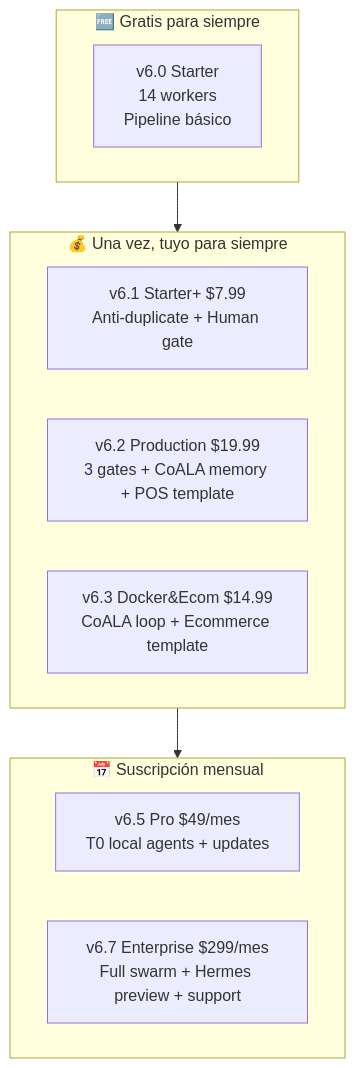
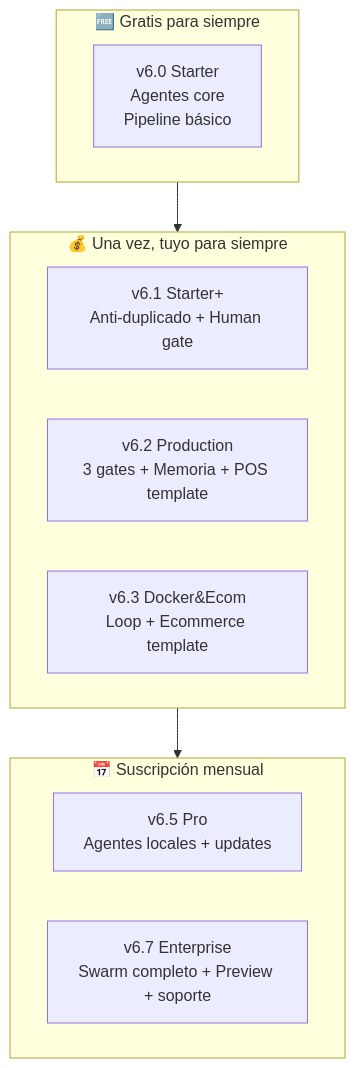
The sixth of 6 diagrams in README_ES.md (Aquilesnake/COALA-SwarmOps), drawn with Mermaid before and after one commit. The commit also changed other lines of this file and 6 other files, not shown here.

````diff
--- a/README_ES.md
+++ b/README_ES.md
@@ -426,19 +420,19 @@
 ```mermaid
 flowchart TB
     subgraph FREE["🆓 Gratis para siempre"]
-        F1["v6.0 Starter<br/>14 workers<br/>Pipeline básico"]
+        F1["v6.0 Starter<br/>Agentes core<br/>Pipeline básico"]
     end
 
     subgraph LOWCOST["💰 Una vez, tuyo para siempre"]
-        L1["v6.1 Starter+ $7.99<br/>Anti-duplicate + Human gate"]
-        L2["v6.2 Production $19.99<br/>3 gates + CoALA memory + POS template"]
-        L3["v6.3 Docker&Ecom $14.99<br/>CoALA loop + Ecommerce template"]
+        L1["v6.1 Starter+<br/>Anti-duplicado + Human gate"]
+        L2["v6.2 Production<br/>3 gates + Memoria + POS template"]
+        L3["v6.3 Docker&Ecom<br/>Loop + Ecommerce template"]
     end
 
     subgraph SUBS["📅 Suscripción mensual"]
-        S1["v6.5 Pro $49/mes<br/>T0 local agents + updates"]
-        S2["v6.7 Enterprise $299/mes<br/>Full swarm + Hermes preview + support"]
+        S1["v6.5 Pro<br/>Agentes locales + updates"]
+        S2["v6.7 Enterprise<br/>Swarm completo + Preview + soporte"]
     end
 
     FREE --> LOWCOST --> SUBS
 ```
````
